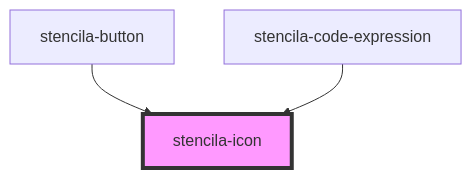
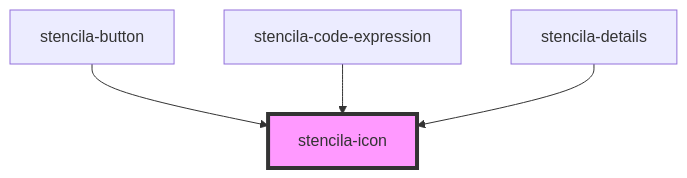
One commit to stencila/designa changed the diagram in packages/components/src/components/icon/readme.md. Above: the diagram before and after it, drawn with Mermaid. The commit also changed other lines of this file and 9 other files, not shown here.

Commit message:
feat(Components): Add stencila-details component

````diff
--- a/packages/components/src/components/icon/readme.md
+++ b/packages/components/src/components/icon/readme.md
@@ -21,6 +22,7 @@
 ```mermaid
 graph TD;
   stencila-button --> stencila-icon
   stencila-code-expression --> stencila-icon
+  stencila-details --> stencila-icon
   style stencila-icon fill:#f9f,stroke:#333,stroke-width:4px
 ```
````
